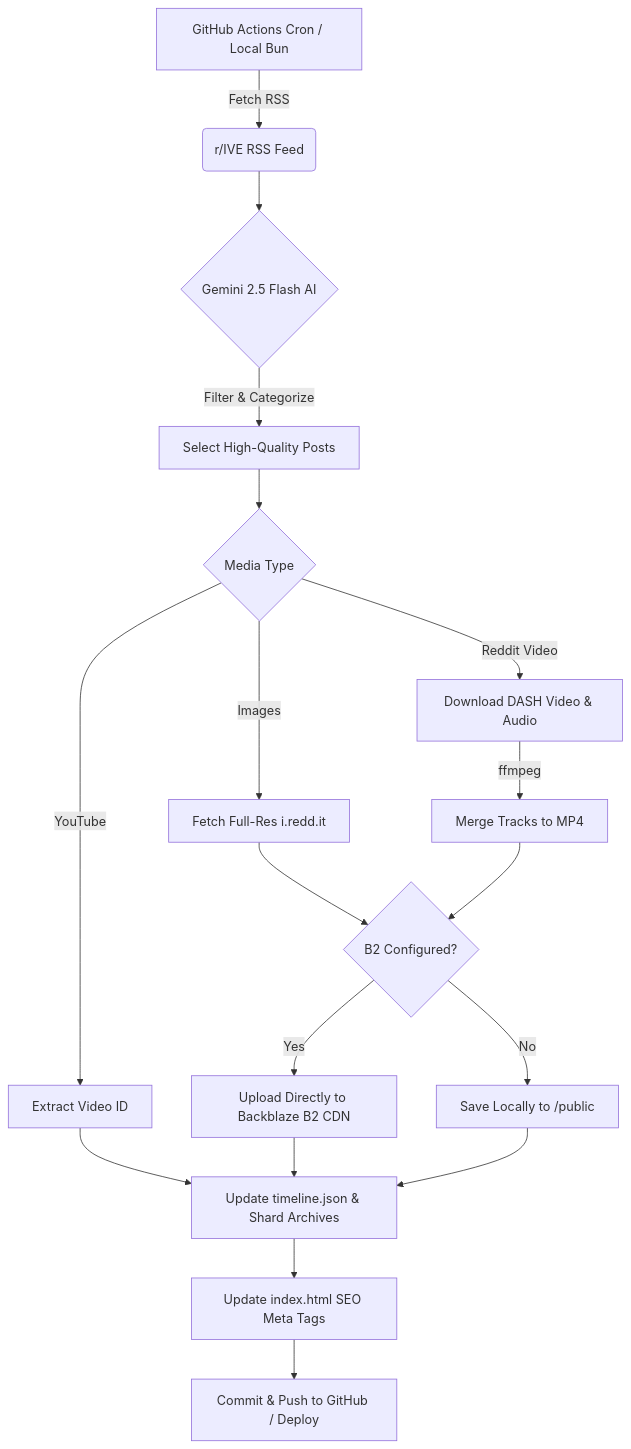
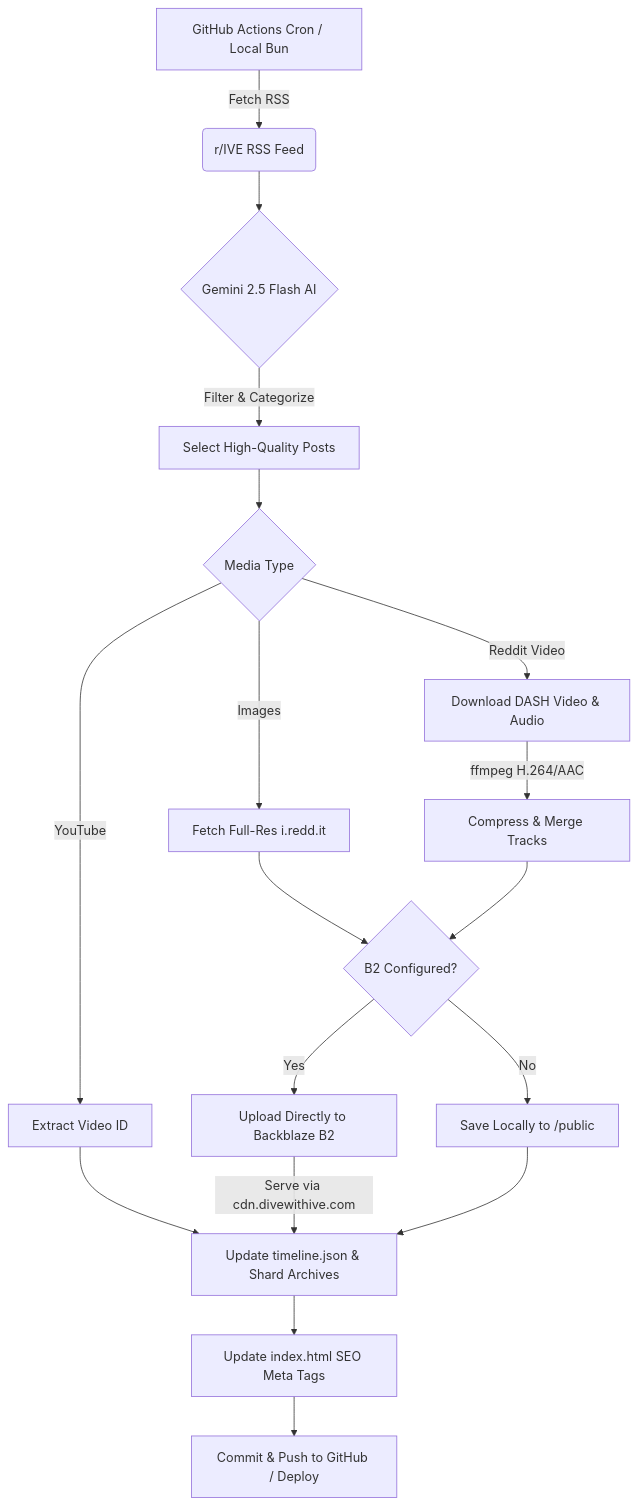
The diagram in README.md (azshen23/divewithive), drawn with Mermaid before and after one commit. The commit also changed other lines of this file, not shown here.

````diff
--- a/README.md
+++ b/README.md
@@ -43,20 +48,20 @@
 ```mermaid
 graph TD
     A[GitHub Actions Cron / Local Bun] -->|Fetch RSS| B(r/IVE RSS Feed)
     B --> C{Gemini 2.5 Flash AI}
     C -->|Filter & Categorize| D[Select High-Quality Posts]
     D --> E{Media Type}
     E -->|Images| F[Fetch Full-Res i.redd.it]
     E -->|Reddit Video| G[Download DASH Video & Audio]
-    G -->|ffmpeg| H[Merge Tracks to MP4]
+    G -->|ffmpeg H.264/AAC| H[Compress & Merge Tracks]
     E -->|YouTube| I[Extract Video ID]
     F --> J{B2 Configured?}
     H --> J
-    J -->|Yes| K[Upload Directly to Backblaze B2 CDN]
+    J -->|Yes| K[Upload Directly to Backblaze B2]
     J -->|No| L[Save Locally to /public]
     I --> M[Update timeline.json & Shard Archives]
-    K --> M
+    K -->|Serve via cdn.divewithive.com| M
     L --> M
     M --> N[Update index.html SEO Meta Tags]
     N --> O[Commit & Push to GitHub / Deploy]
 ```
````
